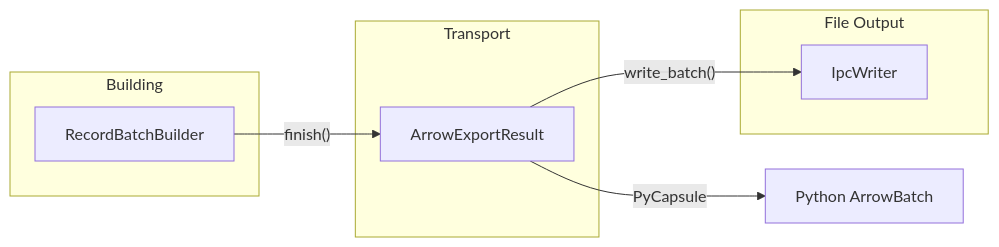
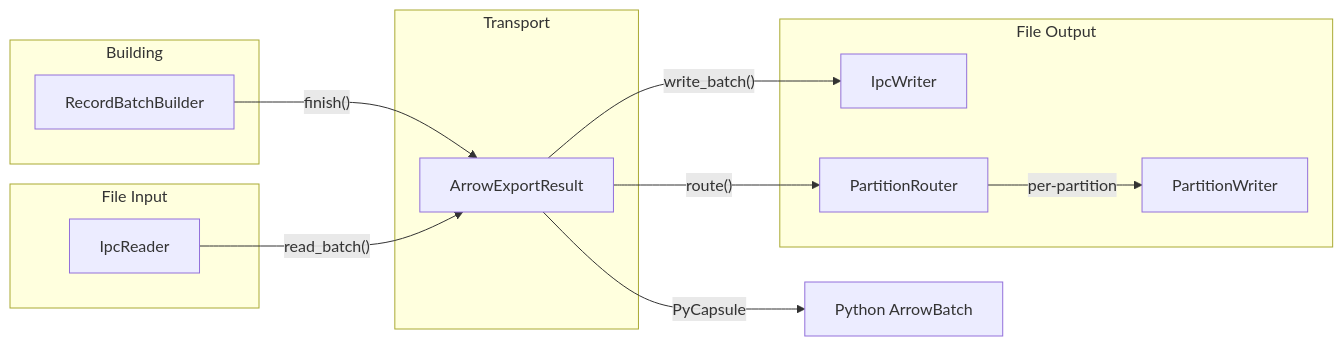
Before and after one commit to asparsa/ClarIOn: the diagram in docs/source/cpp_api/arrow.rst, drawn with Mermaid. The commit also changed other lines of this file and 401 other files, not shown here.

```diff
--- a/docs/source/cpp_api/arrow.rst
+++ b/docs/source/cpp_api/arrow.rst
@@ -15,18 +15,27 @@
 .. mermaid::
 
    graph LR
        subgraph Build["Building"]
            RBB["RecordBatchBuilder"]
        end
 
        subgraph Transport["Transport"]
            AER["ArrowExportResult"]
        end
 
        subgraph Write["File Output"]
            IPC["IpcWriter"]
+           PW["PartitionWriter"]
+           PR["PartitionRouter"]
+       end
+
+       subgraph Read["File Input"]
+           IRD["IpcReader"]
        end
 
        RBB -->|"finish()"| AER
        AER -->|"write_batch()"| IPC
+       AER -->|"route()"| PR
+       PR -->|"per-partition"| PW
        AER -->|"PyCapsule"| Python["Python ArrowBatch"]
+       IRD -->|"read_batch()"| AER
```
